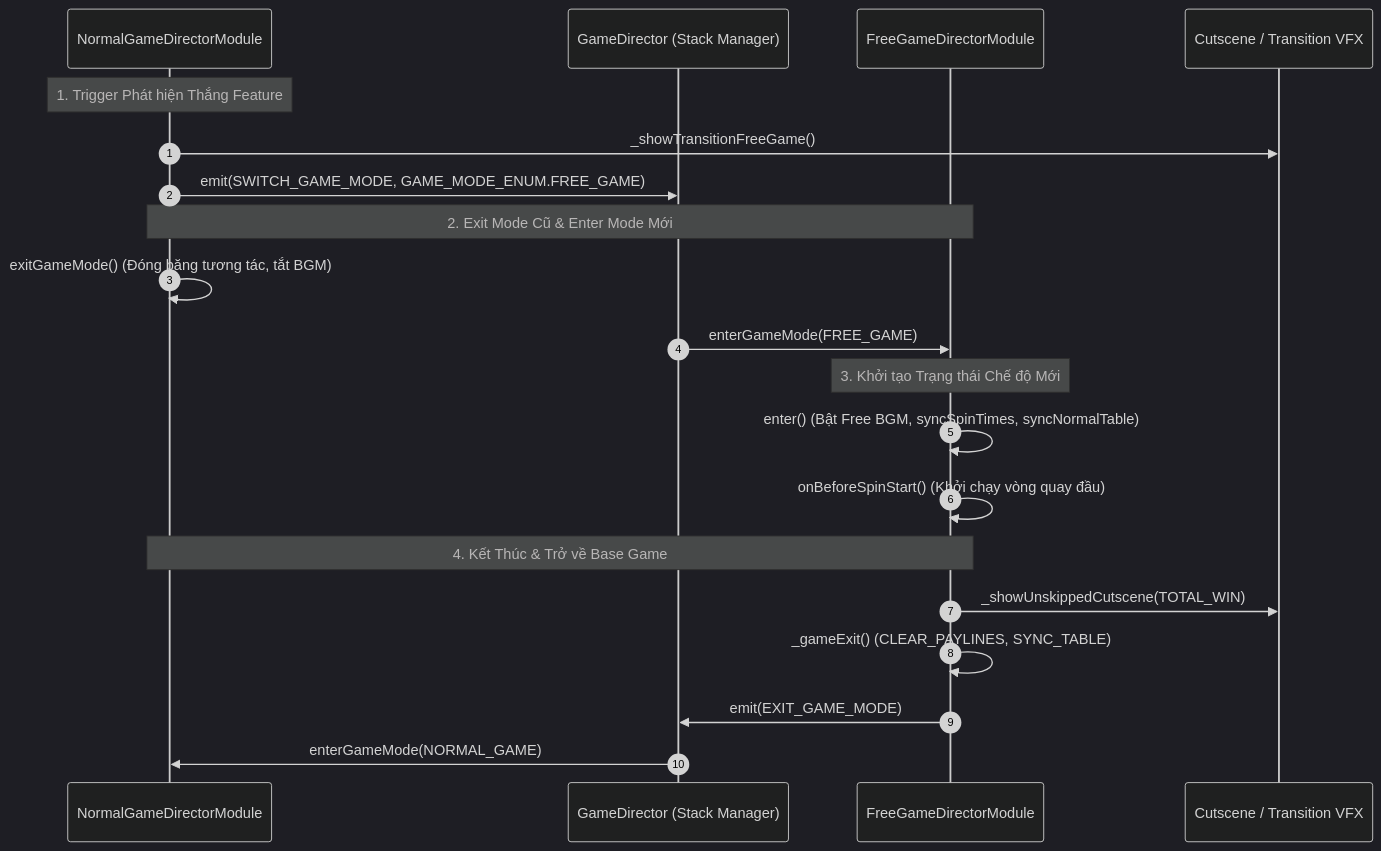
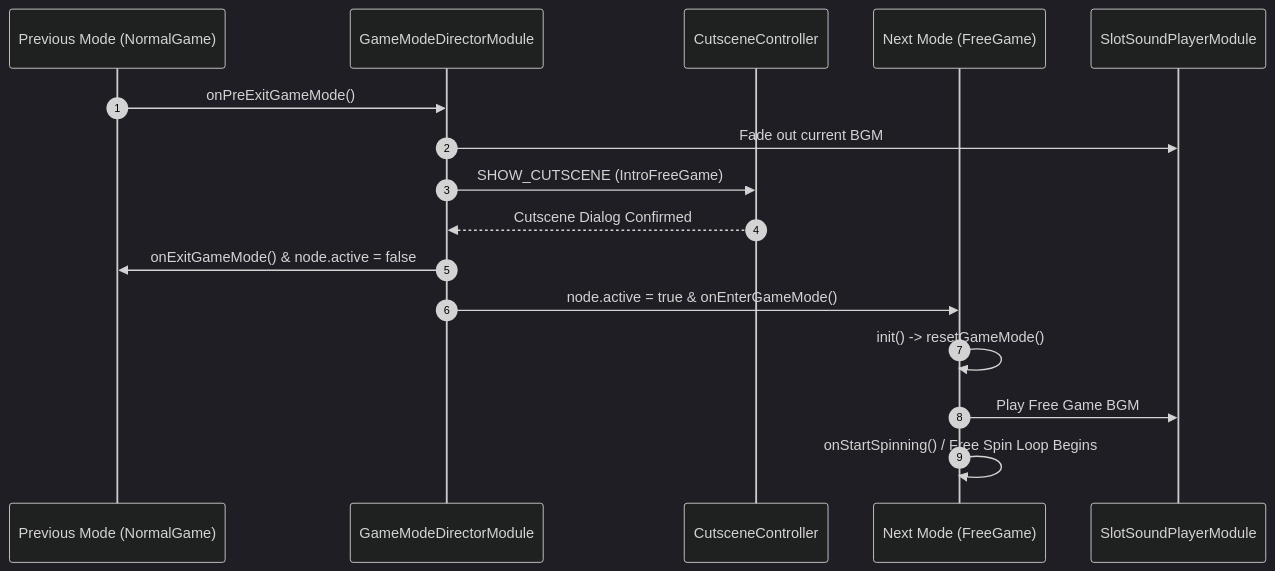
Before and after one commit to lam-ark/mcp-fwcc: the diagram in docs/cc_slot_module/systems/01_game_mode_system/04_mode_transitions_and_stack_lifecycle.md, drawn with Mermaid (dark theme). The commit also changed other lines of this file and 51 other files, not shown here.

Commit message:
docs(mcp-fwcc): complete FortuneWheel methods, GameModeWriter methods, and English system architecture

````diff
--- a/docs/cc_slot_module/systems/01_game_mode_system/04_mode_transitions_and_stack_lifecycle.md
+++ b/docs/cc_slot_module/systems/01_game_mode_system/04_mode_transitions_and_stack_lifecycle.md
@@ -16,26 +16,19 @@
 ```mermaid
 sequenceDiagram
     autonumber
-    participant Normal as NormalGameDirectorModule
-    participant GM as GameDirector (Stack Manager)
-    participant Free as FreeGameDirectorModule
-    participant UI as Cutscene / Transition VFX
+    participant Prev as Previous Mode (NormalGame)
+    participant Master as GameModeDirectorModule
+    participant Cut as CutsceneController
+    participant Next as Next Mode (FreeGame)
+    participant Sound as SlotSoundPlayerModule
 
-    Note over Normal: 1. Trigger Phát hiện Thắng Feature
-    Normal->>UI: _showTransitionFreeGame()
-    Normal->>GM: emit(SWITCH_GAME_MODE, GAME_MODE_ENUM.FREE_GAME)
-    
-    Note over Normal,Free: 2. Exit Mode Cũ & Enter Mode Mới
-    Normal->>Normal: exitGameMode() (Đóng băng tương tác, tắt BGM)
-    GM->>Free: enterGameMode(FREE_GAME)
-    
-    Note over Free: 3. Khởi tạo Trạng thái Chế độ Mới
-    Free->>Free: enter() (Bật Free BGM, syncSpinTimes, syncNormalTable)
-    Free->>Free: onBeforeSpinStart() (Khởi chạy vòng quay đầu)
-    
-    Note over Free,Normal: 4. Kết Thúc & Trở về Base Game
-    Free->>UI: _showUnskippedCutscene(TOTAL_WIN)
-    Free->>Free: _gameExit() (CLEAR_PAYLINES, SYNC_TABLE)
-    Free->>GM: emit(EXIT_GAME_MODE)
-    GM->>Normal: enterGameMode(NORMAL_GAME)
+    Prev->>Master: onPreExitGameMode()
+    Master->>Sound: Fade out current BGM
+    Master->>Cut: SHOW_CUTSCENE (IntroFreeGame)
+    Cut-->>Master: Cutscene Dialog Confirmed
+    Master->>Prev: onExitGameMode() & node.active = false
+    Master->>Next: node.active = true & onEnterGameMode()
+    Next->>Next: init() -> resetGameMode()
+    Next->>Sound: Play Free Game BGM
+    Next->>Next: onStartSpinning() / Free Spin Loop Begins
 ```
````
